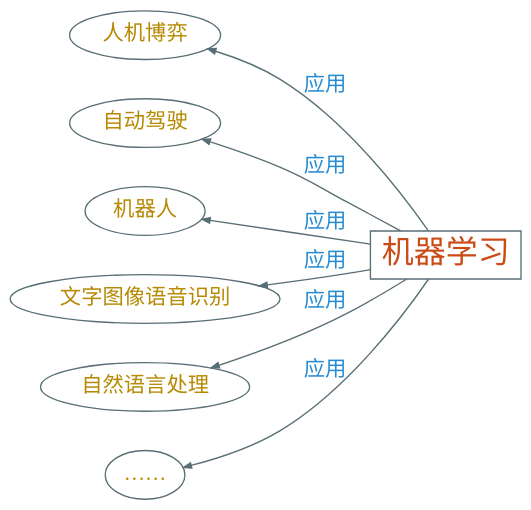
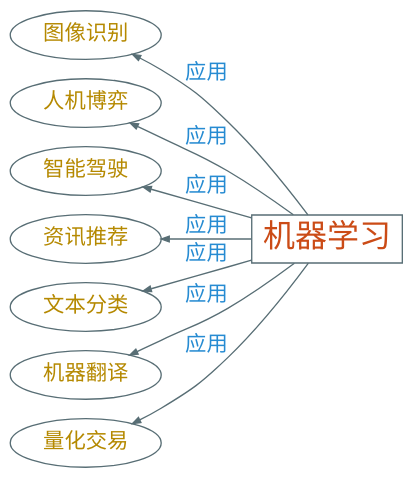
Before and after one commit to Avanti1980/presentation: the diagram in dot/ml-app.dot, drawn with Graphviz. The commit also changed 49 other files, not shown here.

```diff
--- a/dot/ml-app.dot
+++ b/dot/ml-app.dot
@@ -1,11 +1,10 @@
 digraph g {
+    bgcolor=transparent
+    graph [nodesep=0.2, ranksep=0.5]
     rankdir=LR
-    graph [nodesep=0.4 ranksep=0.5]
-    bgcolor="transparent"
+    node [shape=ellipse, color="#586e75", fontcolor="#b58900", fontsize=16, fontname="LXGWWenKai"]
+    edge [arrowhead=vee, color="#586e75", fontcolor="#268bd2", fontsize=16, fontname="LXGWWenKai", arrowsize=0.6]
 
-    node [shape=ellipse color="#586e75" fontcolor="#b58900" fontsize=16 fontname="EBG,LXGW"]
-    edge [arrowhead=vee color="#586e75" fontcolor="#268bd2" fontsize=16 fontname="EBG,LXGW" arrowsize=0.6]
-
-    机器学习 [shape=box fontsize=24 fontcolor="#cb4b16"]
-    {人机博弈,自动驾驶,机器人,文字图像语音识别,自然语言处理,……} -> 机器学习 [label="应用" dir=back]
+    机器学习 [shape=box, fontsize=24, fontcolor="#cb4b16"]
+    {图像识别, 人机博弈, 智能驾驶, 资讯推荐, 文本分类, 机器翻译, 量化交易} -> 机器学习 [label="应用", dir=back]
 }
```
